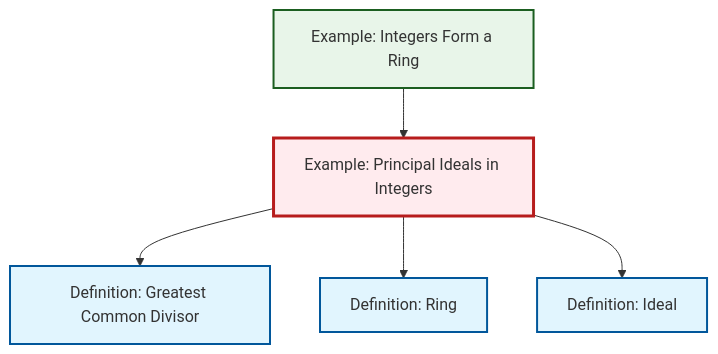
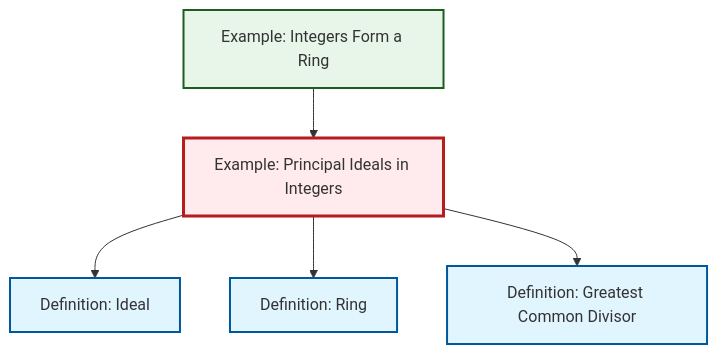
Before and after one commit to RK0429/ModernMath: the diagram in content/en/algebra/ex-principal-ideal.qmd, drawn with Mermaid. The commit also changed other lines of this file and 1069 other files, not shown here.

````diff
--- a/content/en/algebra/ex-principal-ideal.qmd
+++ b/content/en/algebra/ex-principal-ideal.qmd
@@ -63,23 +63,23 @@
 ```{mermaid}
 %%| fig-cap: "Local dependency graph"
 graph TD
     classDef definition fill:#e1f5fe,stroke:#01579b,stroke-width:2px
     classDef theorem fill:#f3e5f5,stroke:#4a148c,stroke-width:2px
     classDef axiom fill:#fff3e0,stroke:#e65100,stroke-width:2px
     classDef example fill:#e8f5e9,stroke:#1b5e20,stroke-width:2px
     classDef current fill:#ffebee,stroke:#b71c1c,stroke-width:3px
+    ex-integers-ring["Example: Integers Form a Ring"]:::example
+    def-ideal["Definition: Ideal"]:::definition
+    def-ring["Definition: Ring"]:::definition
+    ex-principal-ideal["Example: Principal Ideals in Integers"]:::example
     def-gcd["Definition: Greatest Common Divisor"]:::definition
-    def-ring["Definition: Ring"]:::definition
-    def-ideal["Definition: Ideal"]:::definition
-    ex-principal-ideal["Example: Principal Ideals in Integers"]:::example
-    ex-integers-ring["Example: Integers Form a Ring"]:::example
+    ex-principal-ideal --> def-ideal
+    ex-principal-ideal --> def-ring
+    ex-integers-ring --> ex-principal-ideal
     ex-principal-ideal --> def-gcd
-    ex-principal-ideal --> def-ring
-    ex-principal-ideal --> def-ideal
-    ex-integers-ring --> ex-principal-ideal
     class ex-principal-ideal current
+    click ex-integers-ring "ex-integers-ring.html" "Go to Integers Form a Ring example"
+    click def-ideal "def-ideal.html" "Go to Ideal definition"
+    click def-ring "def-ring.html" "Go to Ring definition"
     click def-gcd "def-gcd.html" "Go to Greatest Common Divisor definition"
-    click def-ring "def-ring.html" "Go to Ring definition"
-    click def-ideal "def-ideal.html" "Go to Ideal definition"
-    click ex-integers-ring "ex-integers-ring.html" "Go to Integers Form a Ring example"
 ```
````
